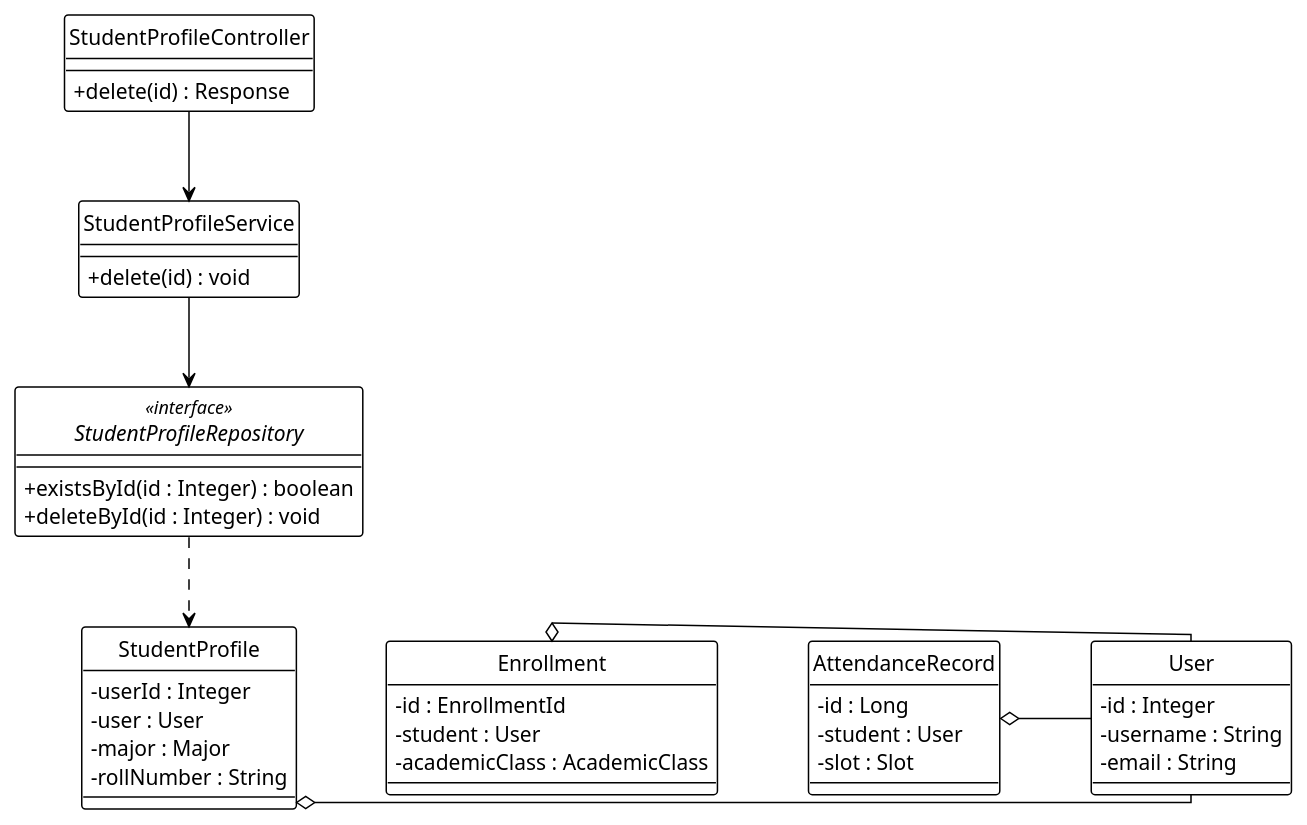
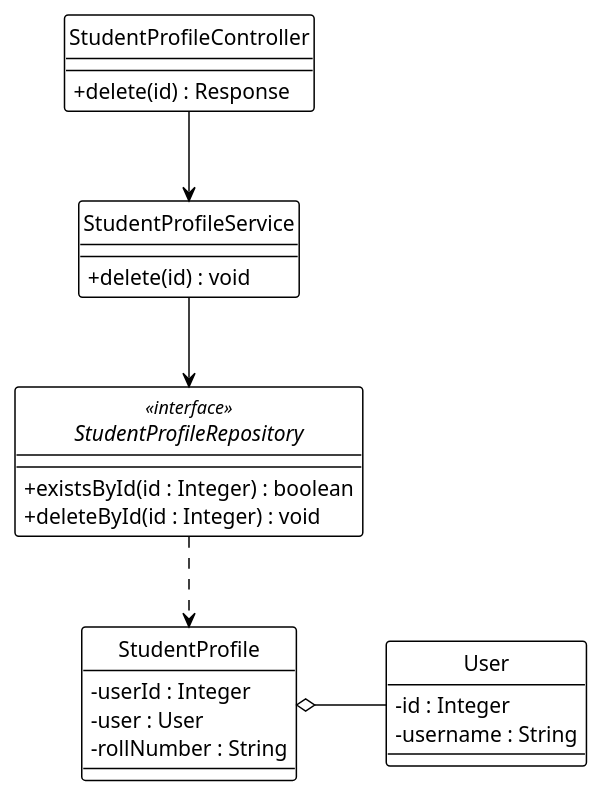
The diagram in system_detailed_design/46_delete_student/class_diagram_delete_student.puml (Ndh474/context), drawn with PlantUML before and after one commit. The commit also changed 10 other files, not shown here.

```diff
--- a/system_detailed_design/46_delete_student/class_diagram_delete_student.puml
+++ b/system_detailed_design/46_delete_student/class_diagram_delete_student.puml
@@ -1,65 +1,49 @@
 @startuml delete_student
 !theme plain
 hide circle
 skinparam classAttributeIconSize 0
 
 ' --- CẤU HÌNH "ORTHO" (BẮT BUỘC) ---
 skinparam linetype ortho
 skinparam nodesep 60
 skinparam ranksep 60
 
 ' --- CONTROLLER ---
 class StudentProfileController {
   + delete(id) : Response
 }
 
 ' --- SERVICE ---
 class StudentProfileService {
   + delete(id) : void
 }
 
 ' --- REPOSITORY ---
 interface StudentProfileRepository <<interface>> {
   + existsById(id : Integer) : boolean
   + deleteById(id : Integer) : void
 }
 
 ' --- ENTITIES ---
 class StudentProfile {
   - userId : Integer
   - user : User
-  - major : Major
   - rollNumber : String
 }
 
 class User {
   - id : Integer
   - username : String
-  - email : String
-}
-
-class Enrollment {
-  - id : EnrollmentId
-  - student : User
-  - academicClass : AcademicClass
-}
-
-class AttendanceRecord {
-  - id : Long
-  - student : User
-  - slot : Slot
 }
 
 ' --- DEPENDENCY INJECTION (Association) ---
 StudentProfileController -down-> StudentProfileService
 StudentProfileService -down-> StudentProfileRepository
 
 ' --- REPOSITORY USAGE (Dependency) ---
 StudentProfileRepository .down.> StudentProfile
 
 ' --- ENTITY RELATIONSHIPS (Aggregation) ---
 StudentProfile o-right- User
-Enrollment o-right- User
-AttendanceRecord o-right- User
 
 @enduml
```
